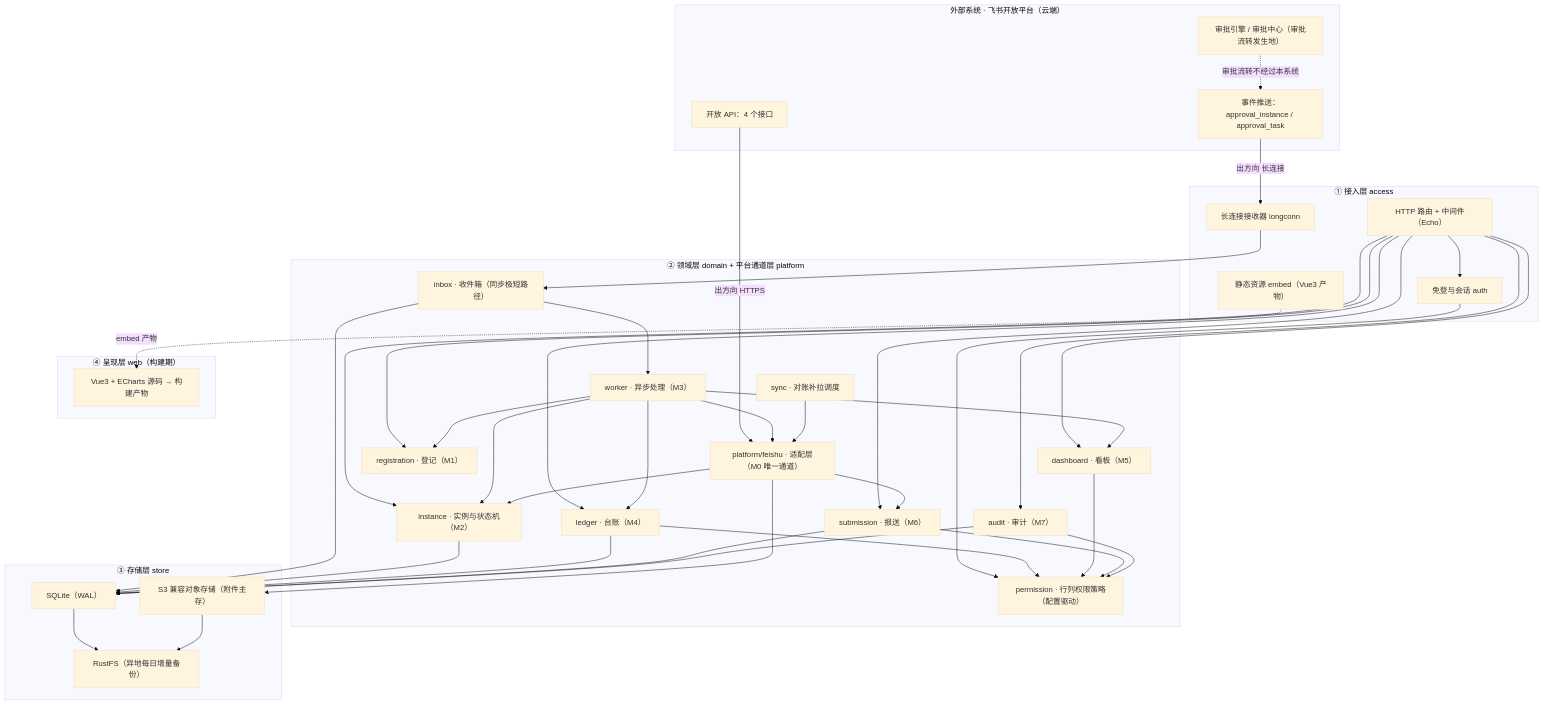
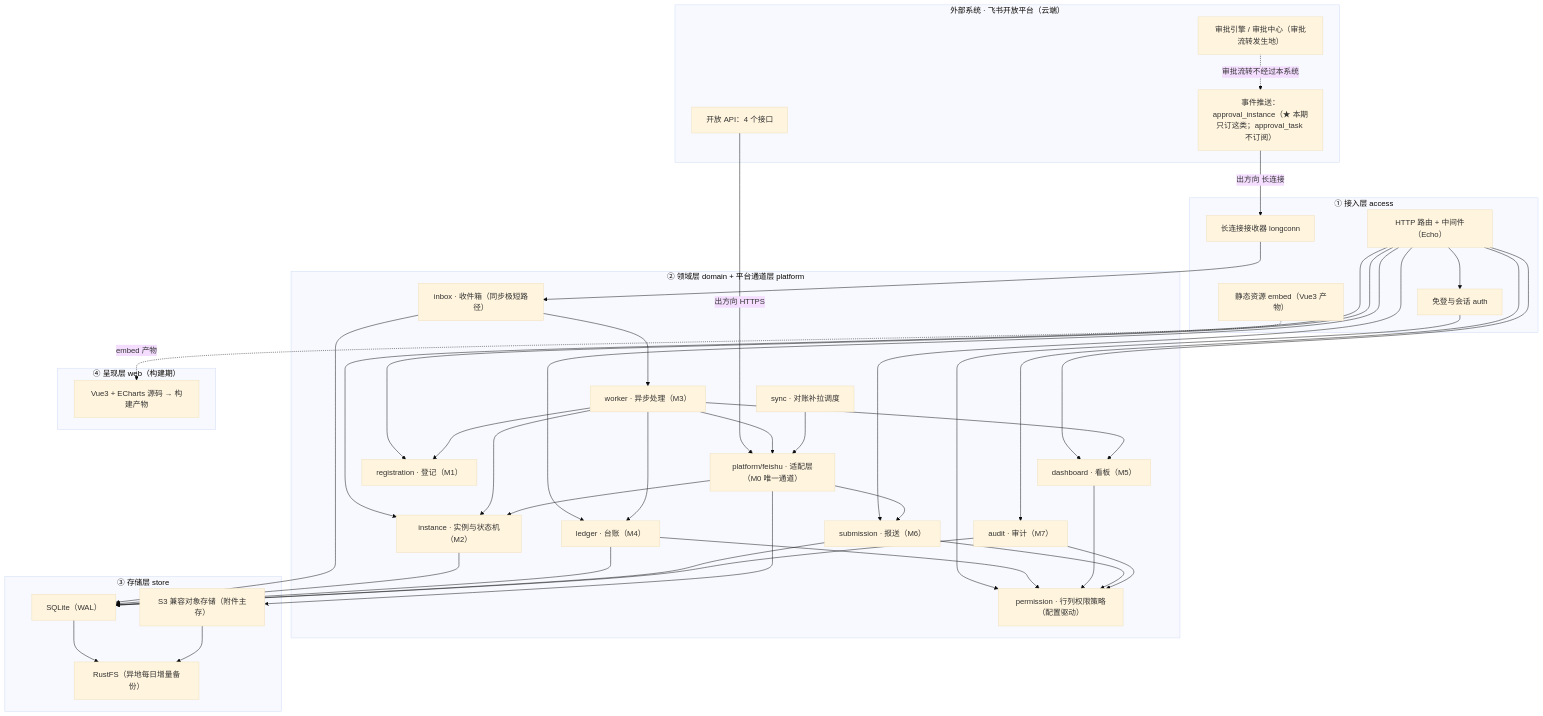
One commit to chadhao/jx-procurement-platform changed the first of 5 diagrams in docs/04-Architecture.md. Above: the diagram before and after it, drawn with Mermaid (base theme). The commit also changed other lines of this file and 11 other files, not shown here.

````diff
--- a/docs/04-Architecture.md
+++ b/docs/04-Architecture.md
@@ -41,59 +41,59 @@
 ```mermaid
 flowchart TB
   subgraph EXT["外部系统 · 飞书开放平台（云端）"]
     FE_ENGINE["审批引擎 / 审批中心（审批流转发生地）"]
-    FE_EVENT["事件推送：approval_instance / approval_task"]
+    FE_EVENT["事件推送：approval_instance（★ 本期只订这类；approval_task 不订阅）"]
     FE_API["开放 API：4 个接口"]
   end
 
   subgraph L1["① 接入层 access"]
     A1["长连接接收器 longconn"]
     A2["HTTP 路由 + 中间件（Echo）"]
     A3["免登与会话 auth"]
     A4["静态资源 embed（Vue3 产物）"]
   end
 
   subgraph L2["② 领域层 domain + 平台通道层 platform"]
     P0["platform/feishu · 适配层（M0 唯一通道）"]
     INBOX["inbox · 收件箱（同步极短路径）"]
     WORKER["worker · 异步处理（M3）"]
     D2["instance · 实例与状态机（M2）"]
     D4["ledger · 台账（M4）"]
     D5["dashboard · 看板（M5）"]
     D1["registration · 登记（M1）"]
     D6["submission · 报送（M6）"]
     D7["audit · 审计（M7）"]
     PERM["permission · 行列权限策略（配置驱动）"]
     SYNC["sync · 对账补拉调度"]
   end
 
   subgraph L3["③ 存储层 store"]
     DB["SQLite（WAL）"]
     S3["S3 兼容对象存储（附件主存）"]
     RS["RustFS（异地每日增量备份）"]
   end
 
   subgraph L4["④ 呈现层 web（构建期）"]
     W1["Vue3 + ECharts 源码 → 构建产物"]
   end
 
   FE_EVENT -->|出方向 长连接| A1
   FE_API -->|出方向 HTTPS| P0
   FE_ENGINE -.审批流转不经过本系统.-> FE_EVENT
 
   A1 --> INBOX
   A2 --> A3 --> PERM
   A2 --> D1 & D2 & D4 & D5 & D6 & D7
   A4 -.embed 产物.-> W1
 
   INBOX --> DB
   INBOX --> WORKER --> P0
   WORKER --> D2 & D4 & D5 & D1
   P0 --> D2 & D6
   SYNC --> P0
   D4 & D5 & D6 & D7 --> PERM
   D2 & D4 & D6 & D7 --> DB
   P0 --> S3
   DB --> RS
   S3 --> RS
 ```
````
